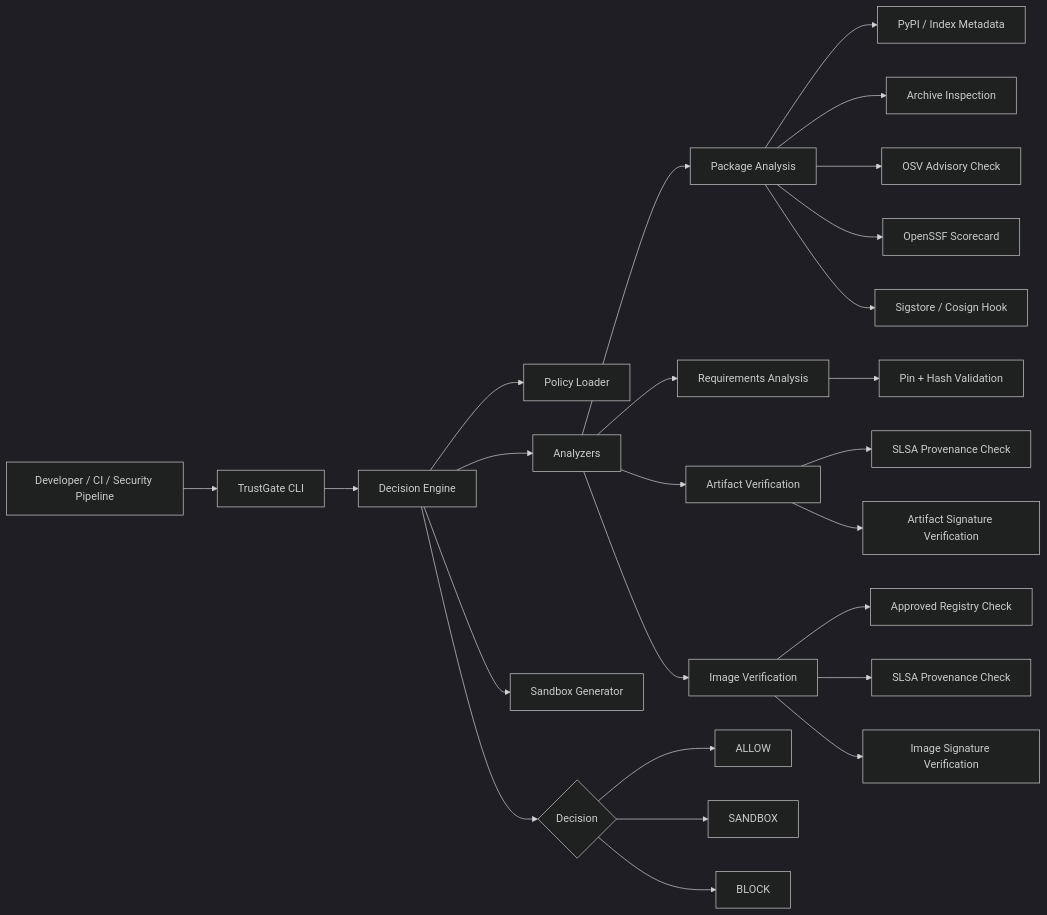
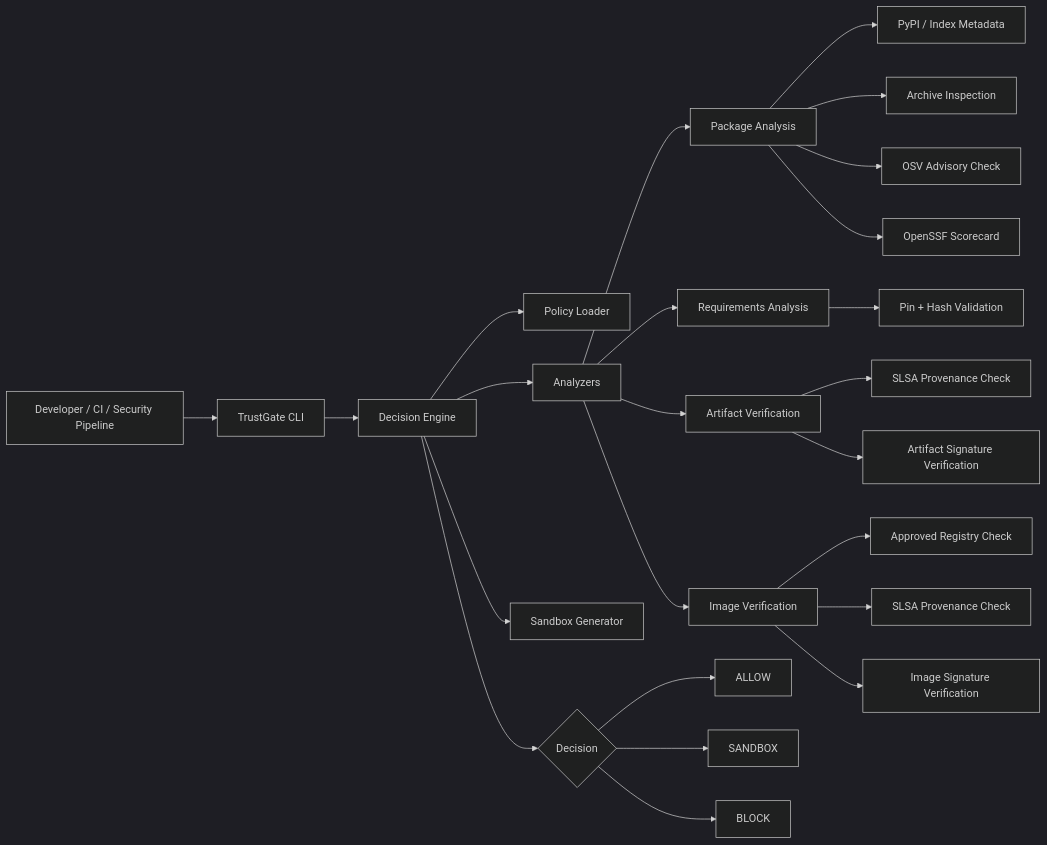
One commit to ashokkumar27/Trustgate changed the first of 2 diagrams in README.md. Above: the diagram before and after it, drawn with Mermaid (dark theme). The commit also changed other lines of this file, not shown here.

````diff
--- a/README.md
+++ b/README.md
@@ -38,34 +59,33 @@
 ```mermaid
 flowchart LR
     U[Developer / CI / Security Pipeline] --> CLI[TrustGate CLI]
 
     CLI --> ENG[Decision Engine]
     ENG --> POL[Policy Loader]
     ENG --> ANA[Analyzers]
     ENG --> SBX[Sandbox Generator]
 
     ANA --> PKG[Package Analysis]
     ANA --> REQ[Requirements Analysis]
     ANA --> ART[Artifact Verification]
     ANA --> IMG[Image Verification]
 
     PKG --> META[PyPI / Index Metadata]
     PKG --> ARCH[Archive Inspection]
     PKG --> OSV[OSV Advisory Check]
     PKG --> SCORE[OpenSSF Scorecard]
-    PKG --> SIG[Sigstore / Cosign Hook]
 
     REQ --> HASH[Pin + Hash Validation]
 
     ART --> PROV1[SLSA Provenance Check]
     ART --> SIG2[Artifact Signature Verification]
 
     IMG --> REG[Approved Registry Check]
     IMG --> PROV2[SLSA Provenance Check]
     IMG --> SIG3[Image Signature Verification]
 
     ENG --> DEC{Decision}
     DEC --> ALLOW[ALLOW]
     DEC --> SANDBOX[SANDBOX]
     DEC --> BLOCK[BLOCK]
 ```
````
